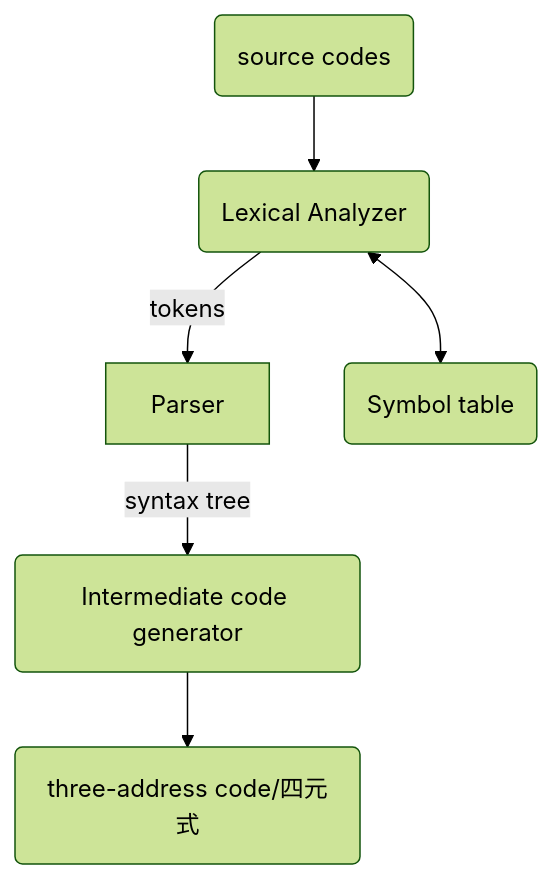
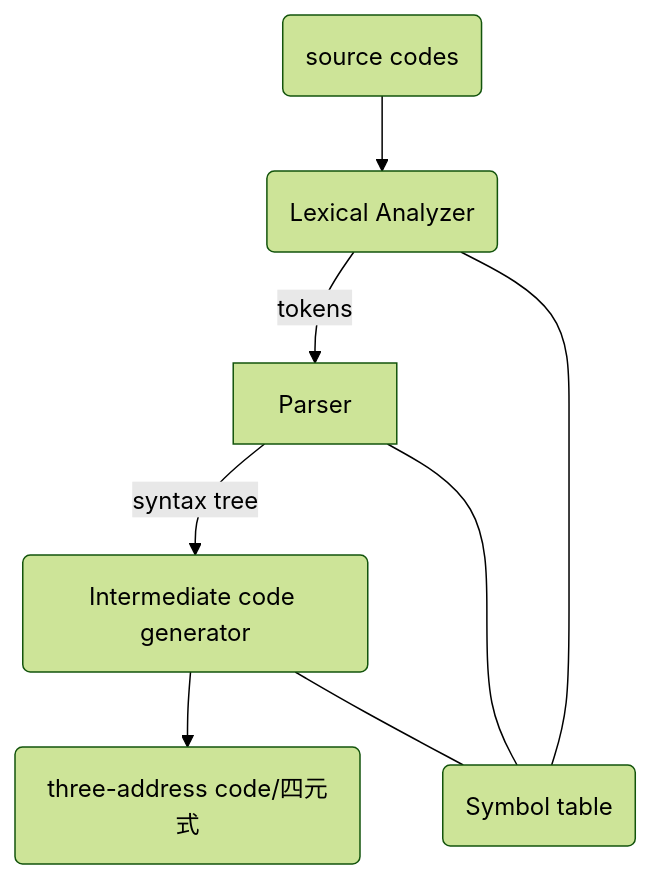
One commit to DCMMC/Notes changed the second of 2 diagrams in 编译原理学习笔记.md. Above: the diagram before and after it, drawn with Mermaid (forest theme).

Commit message:
修改文件: 编译原理学习笔记.md

````diff
--- a/编译原理学习笔记.md
+++ b/编译原理学习笔记.md
@@ -58,9 +58,11 @@
 ```mermaid!
 graph TD;
 	id0(source codes)-->id1(Lexical Analyzer);
 	id1(Lexical Analyzer)-- tokens -->Parser;
 	Parser-- syntax tree -->id2(Intermediate code generator);
 	id2--> id3(three-address code/四元式);
-	id1<-->id4(Symbol table);
+	id1---id4(Symbol table);
+	Parser---id4;
+	id2---id4;
 	
 ```
````
